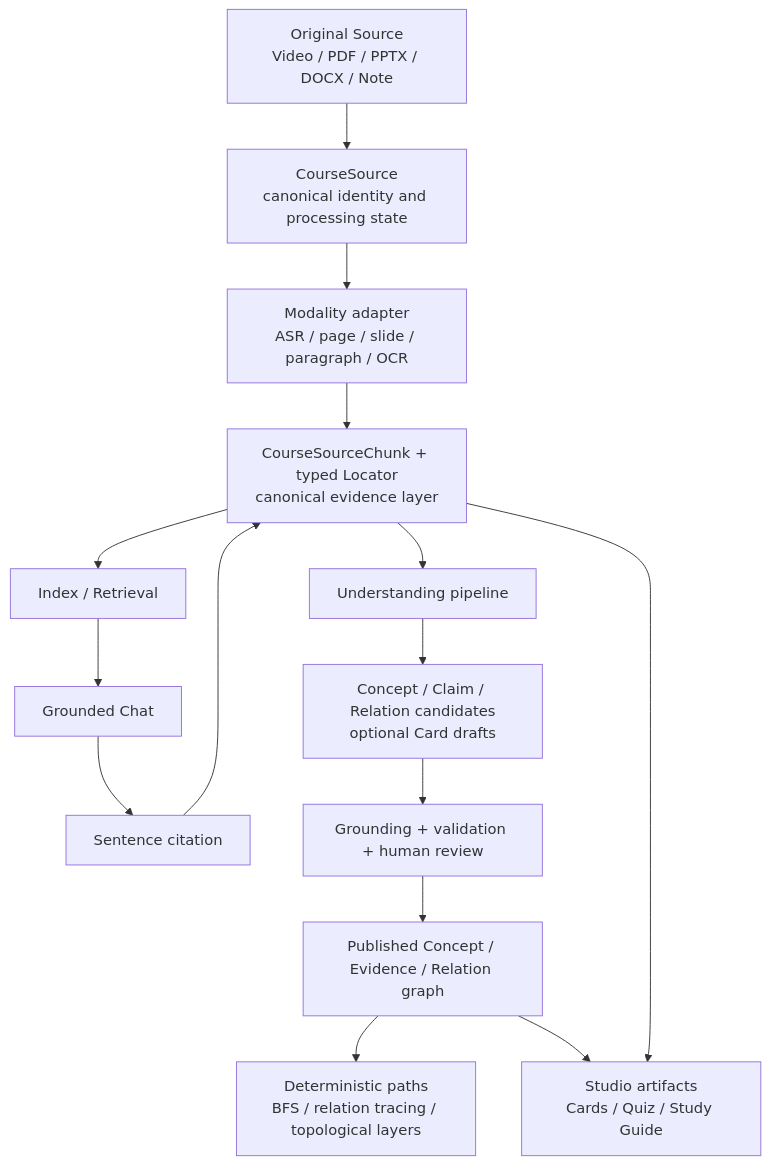
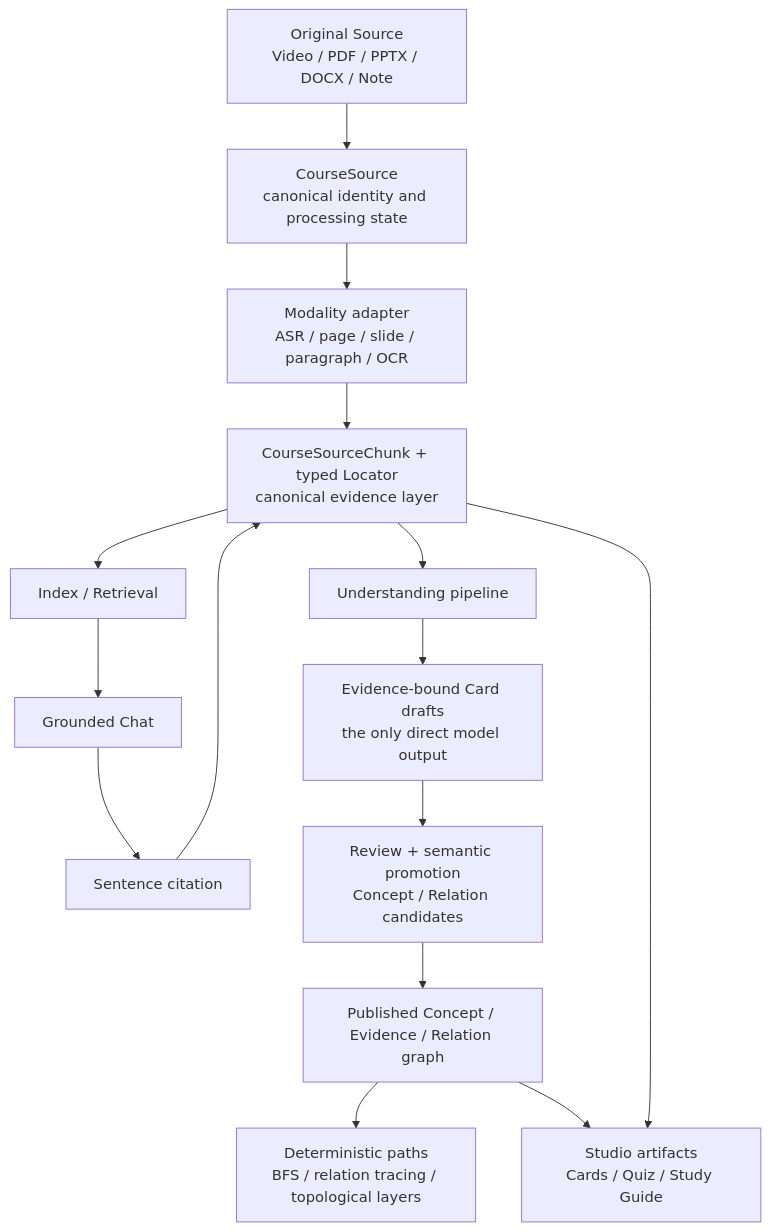
One commit to eatoften/Citefold changed the diagram in README.md. Above: the diagram before and after it, drawn with Mermaid. The commit also changed other lines of this file and 17 other files, not shown here.

First line of the commit message:
feat(eval): define golden graph fixture protocol

````diff
--- a/README.md
+++ b/README.md
@@ -167,35 +181,35 @@
 ```mermaid
 flowchart TD
     A["Original Source<br/>Video / PDF / PPTX / DOCX / Note"]
     B["CourseSource<br/>canonical identity and processing state"]
     C["Modality adapter<br/>ASR / page / slide / paragraph / OCR"]
     D["CourseSourceChunk + typed Locator<br/>canonical evidence layer"]
 
     E["Index / Retrieval"]
     F["Grounded Chat"]
     G["Sentence citation"]
 
     H["Understanding pipeline"]
-    I["Concept / Claim / Relation candidates<br/>optional Card drafts"]
-    J["Grounding + validation + human review"]
+    I["Evidence-bound Card drafts<br/>the only direct model output"]
+    J["Review + semantic promotion<br/>Concept / Relation candidates"]
     K["Published Concept / Evidence / Relation graph"]
     L["Deterministic paths<br/>BFS / relation tracing / topological layers"]
     M["Studio artifacts<br/>Cards / Quiz / Study Guide"]
 
     A --> B
     B --> C
     C --> D
 
     D --> E
     E --> F
     F --> G
     G --> D
 
     D --> H
     H --> I
     I --> J
     J --> K
     K --> L
     K --> M
     D --> M
 ```
````
